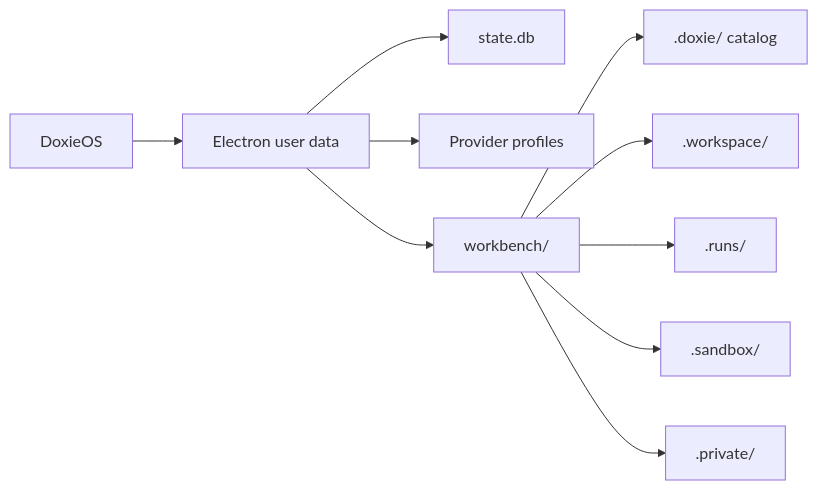
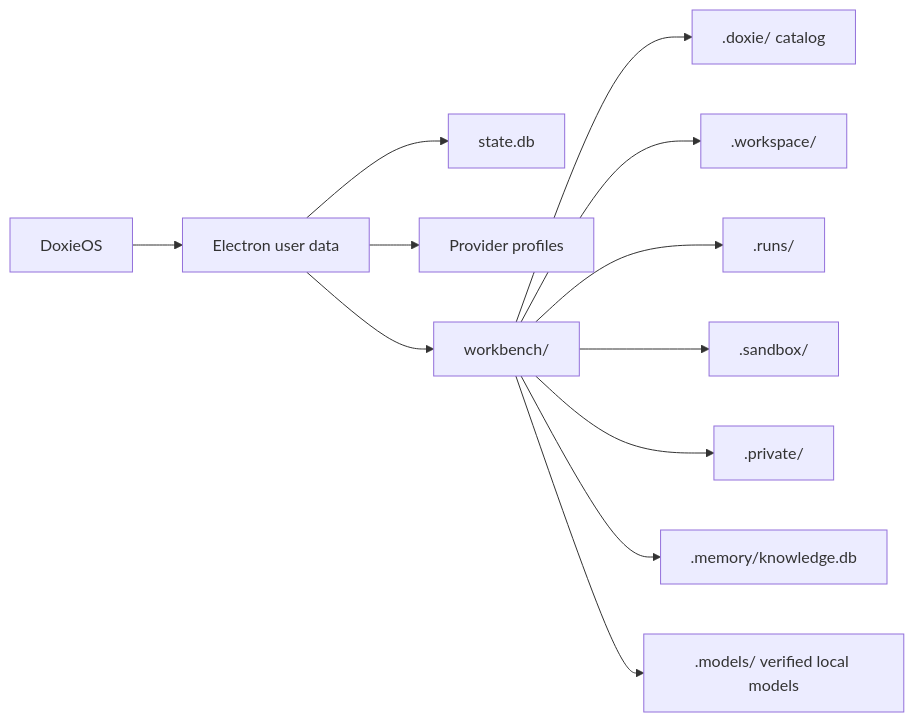
Before and after one commit to viamus/DoxieOS: the fourth of 5 diagrams in docs/architecture.md, drawn with Mermaid. The commit also changed other lines of this file and 63 other files, not shown here.

````diff
--- a/docs/architecture.md
+++ b/docs/architecture.md
@@ -96,12 +106,14 @@
 ```mermaid
 flowchart LR
     App["DoxieOS"] --> Profile["Electron user data"]
     Profile --> DB["state.db"]
     Profile --> Providers["Provider profiles"]
     Profile --> Workbench["workbench/"]
     Workbench --> DoxieRoot[".doxie/ catalog"]
     Workbench --> WorkspaceRoot[".workspace/"]
     Workbench --> RunsRoot[".runs/"]
     Workbench --> SandboxRoot[".sandbox/"]
     Workbench --> PrivateRoot[".private/"]
+    Workbench --> MemoryRoot[".memory/knowledge.db"]
+    Workbench --> ModelsRoot[".models/ verified local models"]
 ```
````
